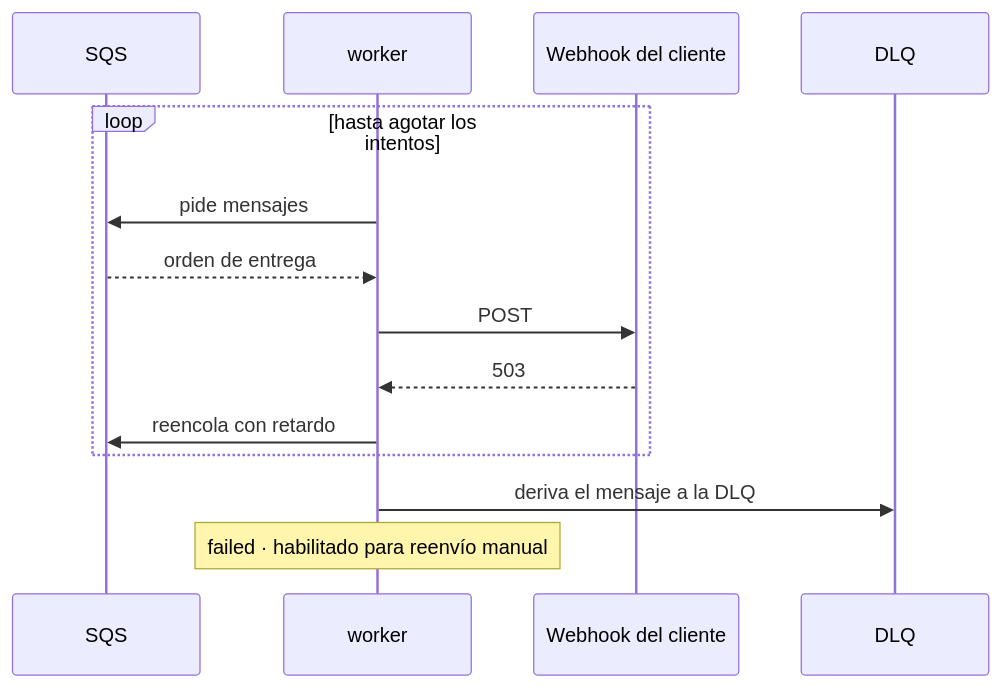
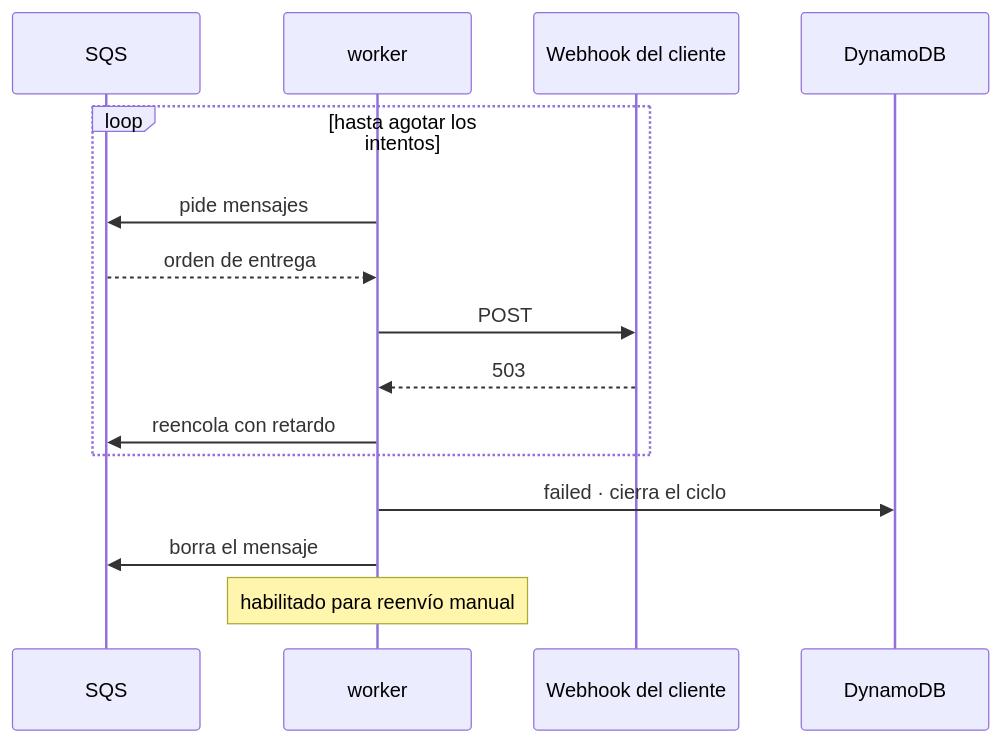
One commit to ssalaza7/cobre-notification-delivery changed the third of 4 diagrams in README.md. Above: the diagram before and after it, drawn with Mermaid. The commit also changed other lines of this file and 9 other files, not shown here.

````diff
--- a/README.md
+++ b/README.md
@@ -162,17 +164,18 @@
 ```mermaid
 sequenceDiagram
     participant Q as SQS
     participant W as worker
     participant C as Webhook del cliente
-    participant D as DLQ
+    participant DB as DynamoDB
 
     loop hasta agotar los intentos
         W->>Q: pide mensajes
         Q-->>W: orden de entrega
         W->>C: POST
         C-->>W: 503
         W->>Q: reencola con retardo
     end
-    W->>D: deriva el mensaje a la DLQ
-    Note over W: failed · habilitado para reenvío manual
+    W->>DB: failed · cierra el ciclo
+    W->>Q: borra el mensaje
+    Note over W: habilitado para reenvío manual
 ```
````
